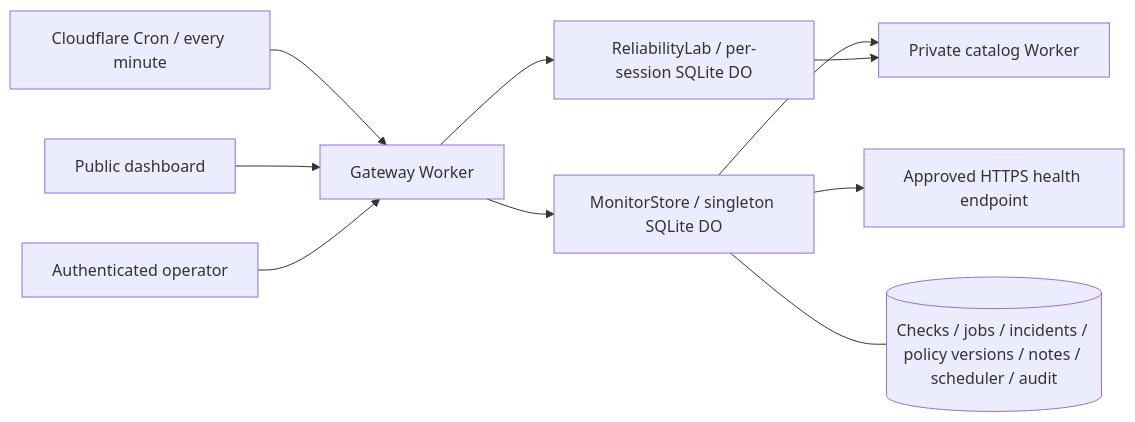
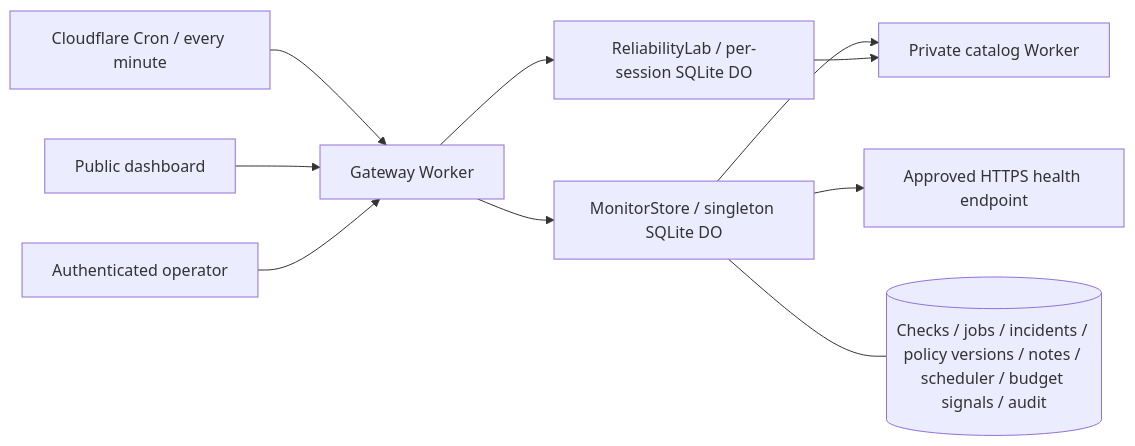
One commit to HenryWashuHe/edgelab changed the diagram in README.md. Above: the diagram before and after it, drawn with Mermaid. The commit also changed other lines of this file and 23 other files, not shown here.

````diff
--- a/README.md
+++ b/README.md
@@ -46,12 +47,12 @@
 ```mermaid
 flowchart LR
   C[Cloudflare Cron / every minute] --> G[Gateway Worker]
   B[Public dashboard] --> G
   A[Authenticated operator] --> G
   G --> M[MonitorStore / singleton SQLite DO]
   M --> P[Private catalog Worker]
   M --> H[Approved HTTPS health endpoint]
-  M --- S[(Checks / jobs / incidents / policy versions / notes / scheduler / audit)]
+  M --- S[(Checks / jobs / incidents / policy versions / notes / scheduler / budget signals / audit)]
   G --> L[ReliabilityLab / per-session SQLite DO]
   L --> P
 ```
````
